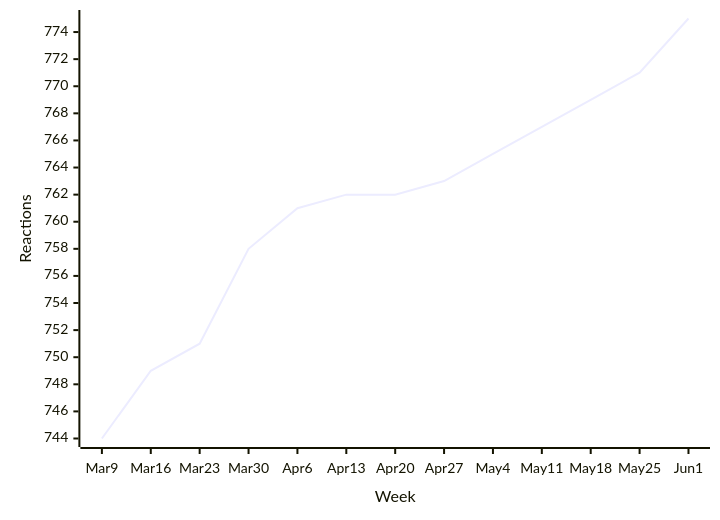
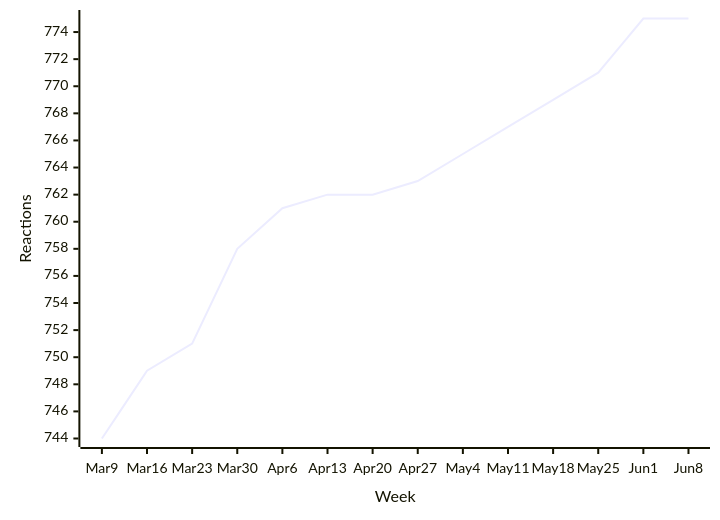
Before and after one commit to loic-sharma/github-insights: the second of 44 diagrams in README.md, drawn with Mermaid. The commit also changed other lines of this file and 3 other files, not shown here.

````diff
--- a/README.md
+++ b/README.md
@@ -356,6 +356,6 @@
   ```mermaid
   xychart-beta
-    x-axis "Week" [Mar 9, Mar 16, Mar 23, Mar 30, Apr 6, Apr 13, Apr 20, Apr 27, May 4, May 11, May 18, May 25, Jun 1]
+    x-axis "Week" [Mar 9, Mar 16, Mar 23, Mar 30, Apr 6, Apr 13, Apr 20, Apr 27, May 4, May 11, May 18, May 25, Jun 1, Jun 8]
     y-axis "Reactions"
-    line [744, 749, 751, 758, 761, 762, 762, 763, 765, 767, 769, 771, 775]
+    line [744, 749, 751, 758, 761, 762, 762, 763, 765, 767, 769, 771, 775, 775]
   ```
````
